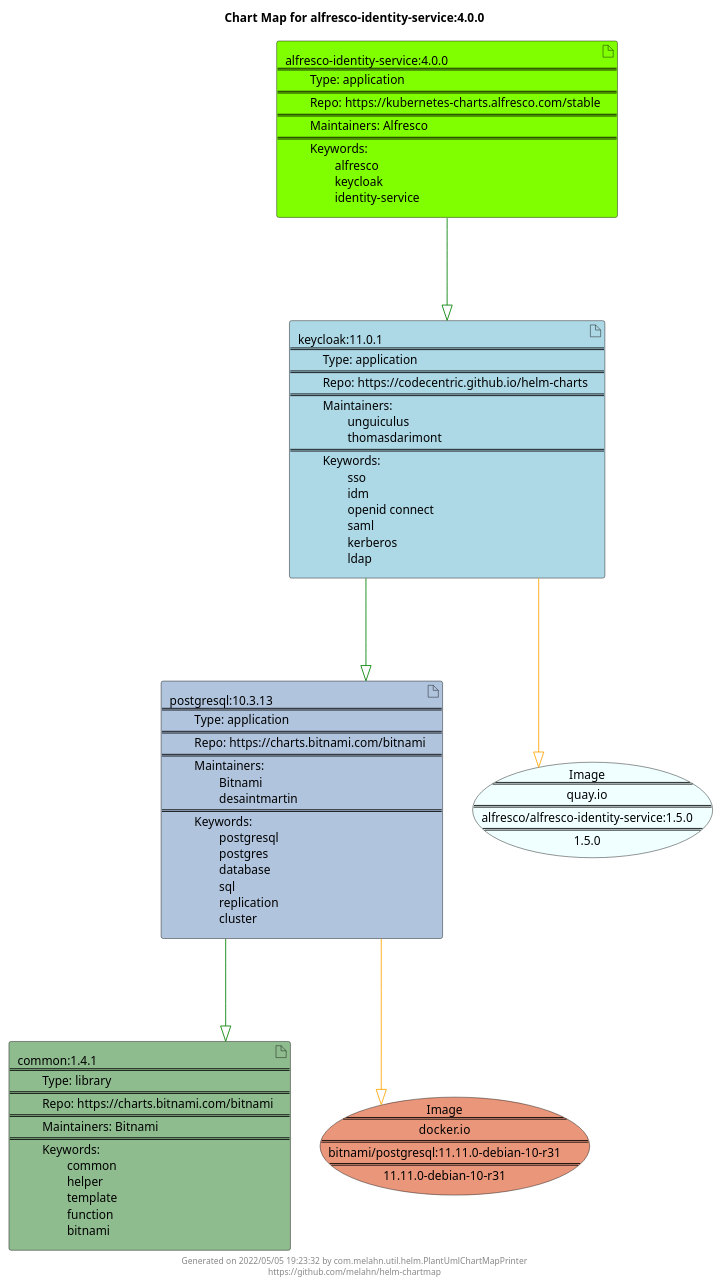
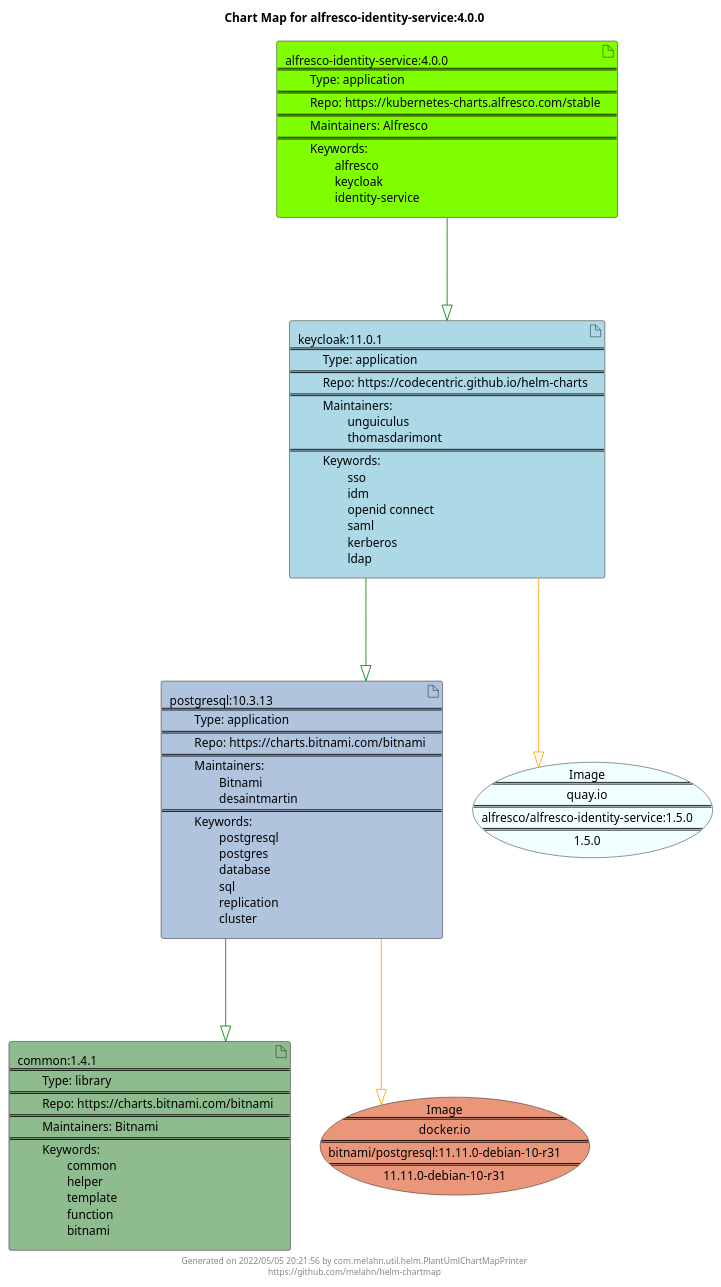
The diagram in docs/alfresco-identity-service/alfresco-identity-service-4.0.0.puml (melahn/helm-chartmap), drawn with PlantUML before and after one commit. The commit also changed 64 other files, not shown here.

Commit message:
Update Example Chart Maps as part of GitHub build

```diff
--- a/docs/alfresco-identity-service/alfresco-identity-service-4.0.0.puml
+++ b/docs/alfresco-identity-service/alfresco-identity-service-4.0.0.puml
@@ -1,29 +1,29 @@
 @startuml
 skinparam linetype ortho
 skinparam backgroundColor white
 skinparam usecaseBorderColor black
 skinparam usecaseArrowColor LightSlateGray
 skinparam artifactBorderColor black
 skinparam artifactArrowColor LightSlateGray
 
 title Chart Map for alfresco-identity-service:4.0.0
 
 'There are 4 referenced Helm Charts
 artifact "common:1.4.1\n====\n\tType: library\n====\n\tRepo: https://charts.bitnami.com/bitnami\n====\n\tMaintainers: Bitnami\n====\n\tKeywords: \n\t\tcommon\n\t\thelper\n\t\ttemplate\n\t\tfunction\n\t\tbitnami" as common_1_4_1 #DarkSeaGreen
 artifact "alfresco-identity-service:4.0.0\n====\n\tType: application\n====\n\tRepo: https://kubernetes-charts.alfresco.com/stable\n====\n\tMaintainers: Alfresco\n====\n\tKeywords: \n\t\talfresco\n\t\tkeycloak\n\t\tidentity-service" as alfresco_identity_service_4_0_0 #Chartreuse
 artifact "postgresql:10.3.13\n====\n\tType: application\n====\n\tRepo: https://charts.bitnami.com/bitnami\n====\n\tMaintainers: \n\t\tBitnami\n\t\tdesaintmartin\n====\n\tKeywords: \n\t\tpostgresql\n\t\tpostgres\n\t\tdatabase\n\t\tsql\n\t\treplication\n\t\tcluster" as postgresql_10_3_13 #LightSteelBlue
 artifact "keycloak:11.0.1\n====\n\tType: application\n====\n\tRepo: https://codecentric.github.io/helm-charts\n====\n\tMaintainers: \n\t\tunguiculus\n\t\tthomasdarimont\n====\n\tKeywords: \n\t\tsso\n\t\tidm\n\t\topenid connect\n\t\tsaml\n\t\tkerberos\n\t\tldap" as keycloak_11_0_1 #LightBlue
 
 'There are 2 referenced Docker Images
 usecase "Image\n====\nquay.io\n====\nalfresco/alfresco-identity-service:1.5.0\n====\n1.5.0" as quay_io_alfresco_alfresco_identity_service_1_5_0 #Azure
 usecase "Image\n====\ndocker.io\n====\nbitnami/postgresql:11.11.0-debian-10-r31\n====\n11.11.0-debian-10-r31" as docker_io_bitnami_postgresql_11_11_0_debian_10_r31 #DarkSalmon
 
 'Chart Dependencies
 alfresco_identity_service_4_0_0--[#green]-|>keycloak_11_0_1
 keycloak_11_0_1--[#green]-|>postgresql_10_3_13
 postgresql_10_3_13--[#green]-|>common_1_4_1
 postgresql_10_3_13--[#orange]-|>docker_io_bitnami_postgresql_11_11_0_debian_10_r31
 keycloak_11_0_1--[#orange]-|>quay_io_alfresco_alfresco_identity_service_1_5_0
 
-center footer Generated on 2022/05/05 19:23:32 by com.melahn.util.helm.PlantUmlChartMapPrinter\nhttps://github.com/melahn/helm-chartmap
+center footer Generated on 2022/05/05 20:21:56 by com.melahn.util.helm.PlantUmlChartMapPrinter\nhttps://github.com/melahn/helm-chartmap
 @enduml
```
